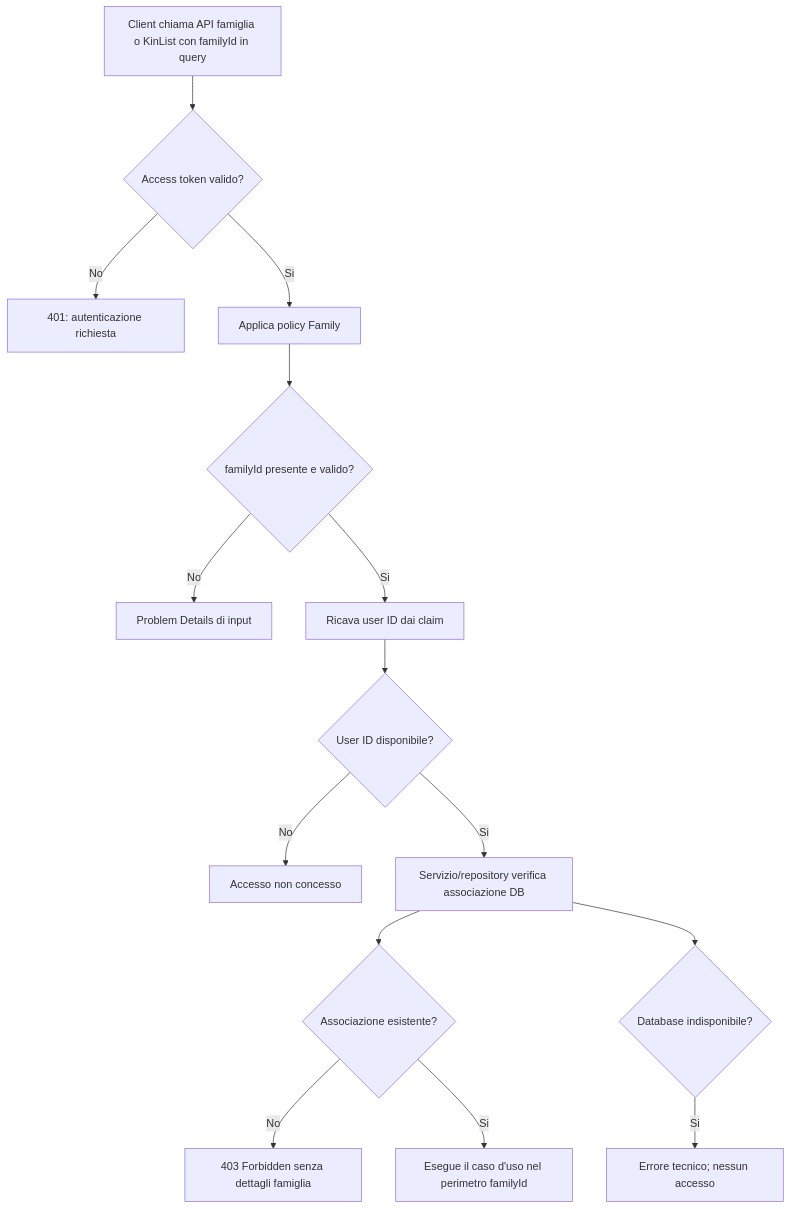
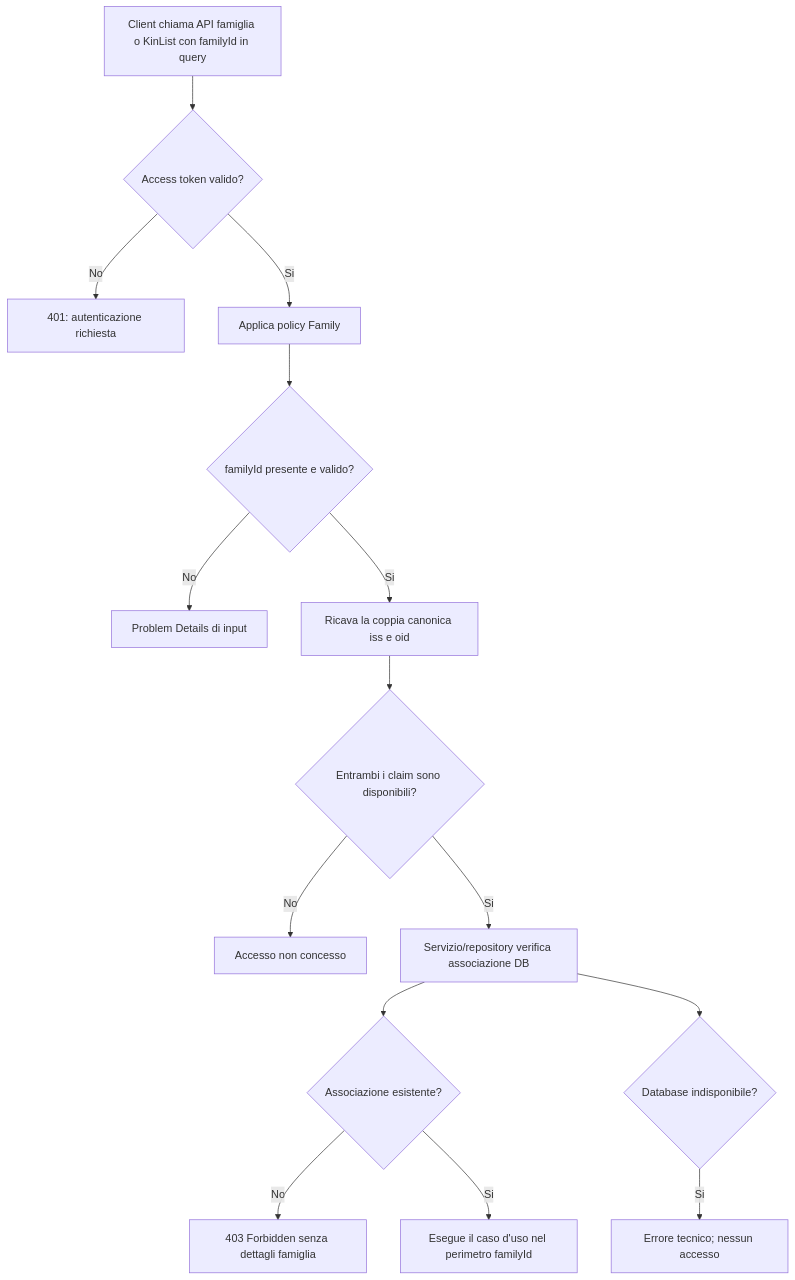
Before and after one commit to martinabruni/DA.KinHub: the first of 2 diagrams in docs/kinlist/research/tasks/family-authorization-policy/research.md, drawn with Mermaid. The commit also changed other lines of this file and 17 other files, not shown here.

````diff
--- a/docs/kinlist/research/tasks/family-authorization-policy/research.md
+++ b/docs/kinlist/research/tasks/family-authorization-policy/research.md
@@ -105,17 +104,17 @@
 ```mermaid
 flowchart TD
     A["Client chiama API famiglia o KinList con familyId in query"] --> B{"Access token valido?"}
     B -- No --> C["401: autenticazione richiesta"]
     B -- Si --> D["Applica policy Family"]
     D --> E{"familyId presente e valido?"}
     E -- No --> F["Problem Details di input"]
-    E -- Si --> G["Ricava user ID dai claim"]
-    G --> H{"User ID disponibile?"}
+    E -- Si --> G["Ricava la coppia canonica iss e oid"]
+    G --> H{"Entrambi i claim sono disponibili?"}
     H -- No --> I["Accesso non concesso"]
     H -- Si --> J["Servizio/repository verifica associazione DB"]
     J --> K{"Associazione esistente?"}
     K -- No --> L["403 Forbidden senza dettagli famiglia"]
     K -- Si --> M["Esegue il caso d'uso nel perimetro familyId"]
     J --> N{"Database indisponibile?"}
     N -- Si --> O["Errore tecnico; nessun accesso"]
 ```
````
